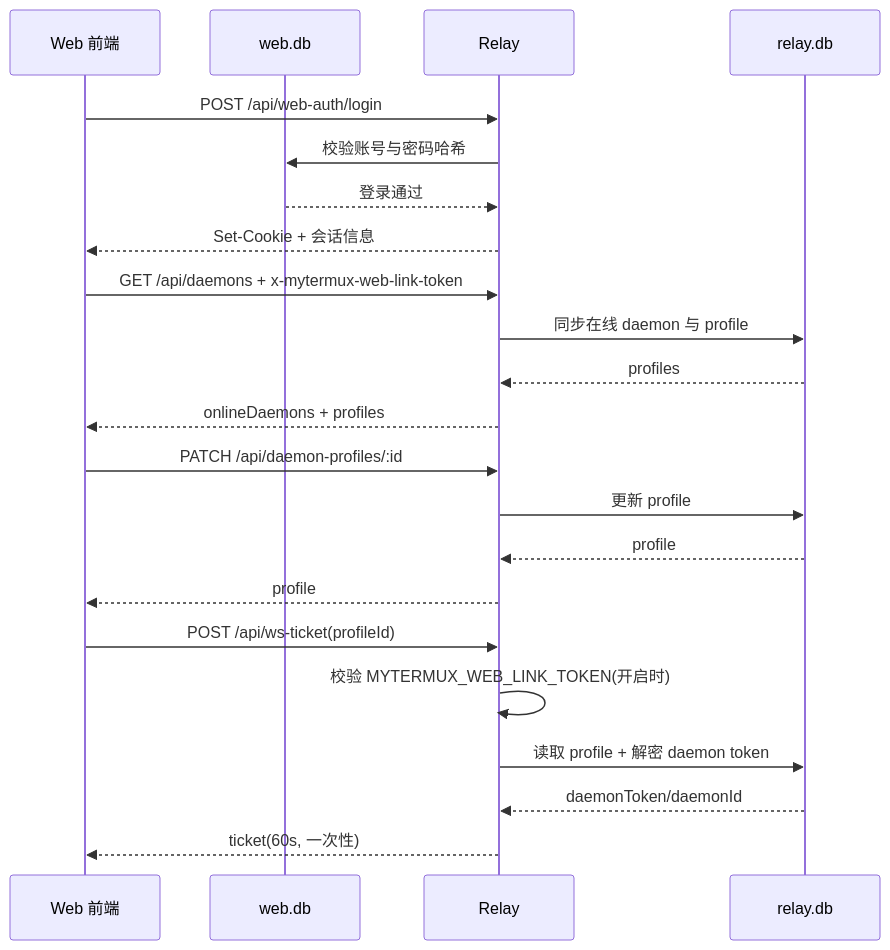
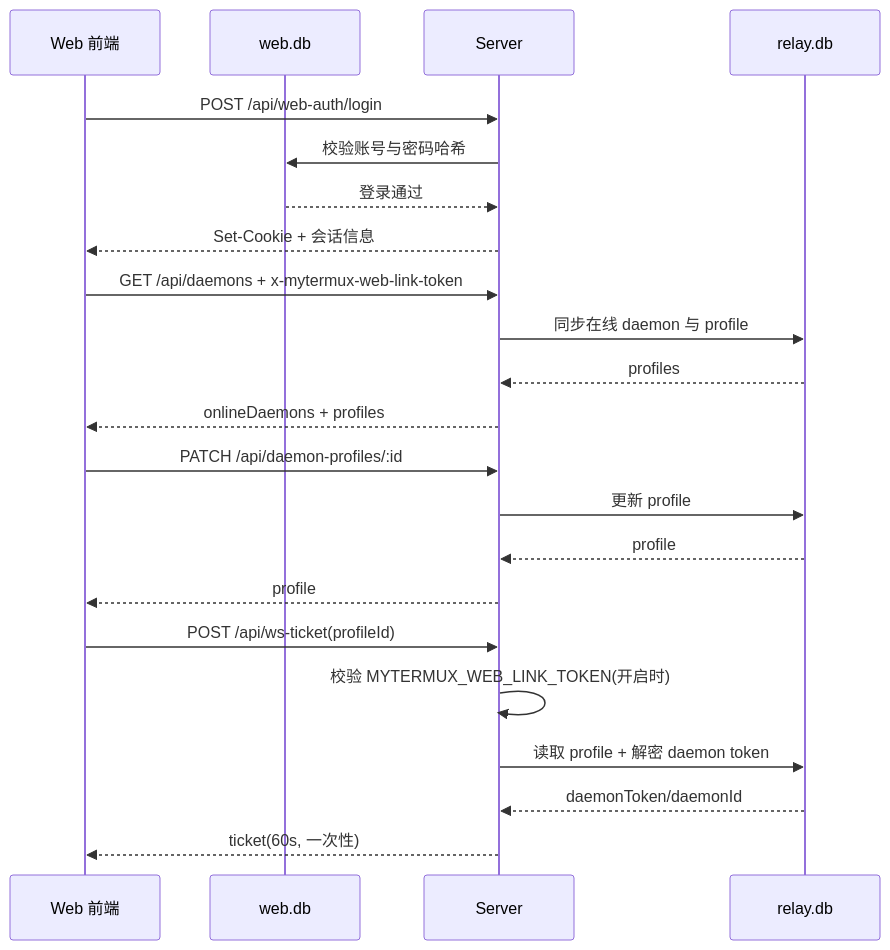
One commit to ShakaRover/MyTermux changed the second of 3 diagrams in docs/SERVICE_PROTOCOL_FLOW.md. Above: the diagram before and after it, drawn with Mermaid. The commit also changed other lines of this file and 32 other files, not shown here.

````diff
--- a/docs/SERVICE_PROTOCOL_FLOW.md
+++ b/docs/SERVICE_PROTOCOL_FLOW.md
@@ -37,28 +37,28 @@
 ```mermaid
 sequenceDiagram
   participant W as Web 前端
   participant WA as web.db
-  participant R as Relay
+  participant R as Server
   participant RB as relay.db
 
   W->>R: POST /api/web-auth/login
   R->>WA: 校验账号与密码哈希
   WA-->>R: 登录通过
   R-->>W: Set-Cookie + 会话信息
 
   W->>R: GET /api/daemons + x-mytermux-web-link-token
   R->>RB: 同步在线 daemon 与 profile
   RB-->>R: profiles
   R-->>W: onlineDaemons + profiles
 
   W->>R: PATCH /api/daemon-profiles/:id
   R->>RB: 更新 profile
   RB-->>R: profile
   R-->>W: profile
 
   W->>R: POST /api/ws-ticket(profileId)
   R->>R: 校验 MYTERMUX_WEB_LINK_TOKEN(开启时)
   R->>RB: 读取 profile + 解密 daemon token
   RB-->>R: daemonToken/daemonId
   R-->>W: ticket(60s, 一次性)
 ```
````
